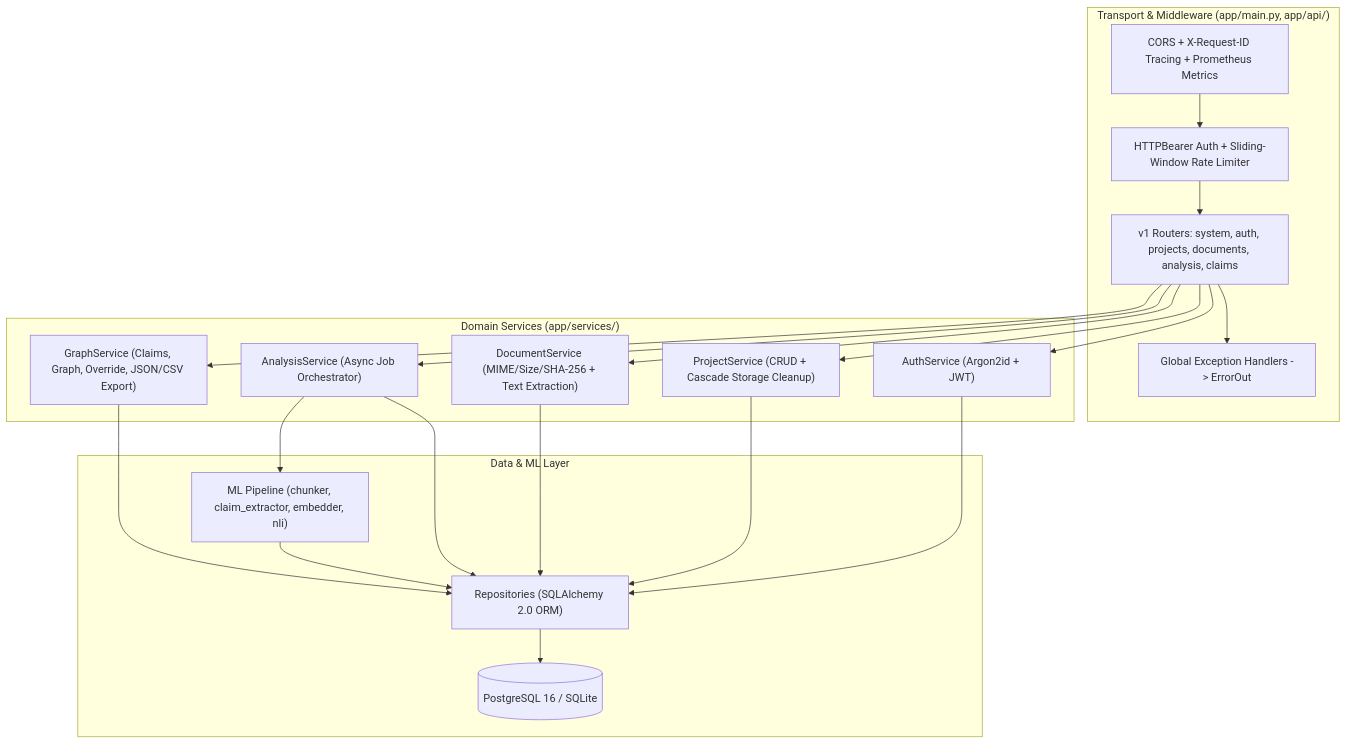
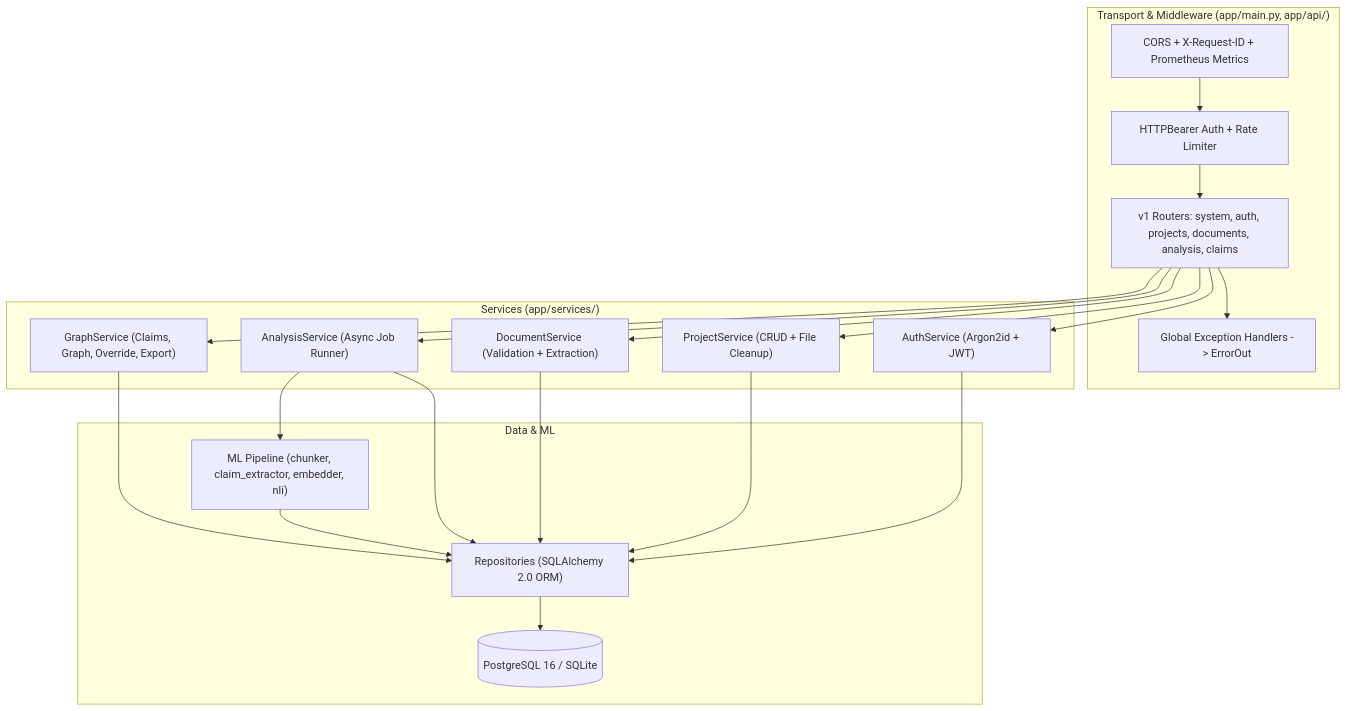
One commit to Turbobodik/diploma changed the second of 3 diagrams in docs/api/guides/architecture.md. Above: the diagram before and after it, drawn with Mermaid. The commit also changed other lines of this file and 12 other files, not shown here.

````diff
--- a/docs/api/guides/architecture.md
+++ b/docs/api/guides/architecture.md
@@ -36,31 +28,31 @@
 ```mermaid
 flowchart TB
   subgraph Transport["Transport & Middleware (app/main.py, app/api/)"]
-    MW["CORS + X-Request-ID Tracing + Prometheus Metrics"]
+    MW["CORS + X-Request-ID + Prometheus Metrics"]
     EH["Global Exception Handlers -> ErrorOut"]
-    Deps["HTTPBearer Auth + Sliding-Window Rate Limiter"]
+    Deps["HTTPBearer Auth + Rate Limiter"]
     Routers["v1 Routers: system, auth, projects, documents, analysis, claims"]
   end
 
-  subgraph Services["Domain Services (app/services/)"]
+  subgraph Services["Services (app/services/)"]
     AuthS["AuthService (Argon2id + JWT)"]
-    ProjS["ProjectService (CRUD + Cascade Storage Cleanup)"]
-    DocS["DocumentService (MIME/Size/SHA-256 + Text Extraction)"]
-    AnaS["AnalysisService (Async Job Orchestrator)"]
-    GraphS["GraphService (Claims, Graph, Override, JSON/CSV Export)"]
+    ProjS["ProjectService (CRUD + File Cleanup)"]
+    DocS["DocumentService (Validation + Extraction)"]
+    AnaS["AnalysisService (Async Job Runner)"]
+    GraphS["GraphService (Claims, Graph, Override, Export)"]
   end
 
-  subgraph Data["Data & ML Layer"]
+  subgraph Data["Data & ML"]
     Repos["Repositories (SQLAlchemy 2.0 ORM)"]
     MLPipe["ML Pipeline (chunker, claim_extractor, embedder, nli)"]
     PG[("PostgreSQL 16 / SQLite")]
   end
 
   MW --> Deps --> Routers
   Routers --> EH
   Routers --> AuthS & ProjS & DocS & AnaS & GraphS
   AuthS & ProjS & DocS & AnaS & GraphS --> Repos
   AnaS --> MLPipe
   MLPipe --> Repos
   Repos --> PG
 ```
````
